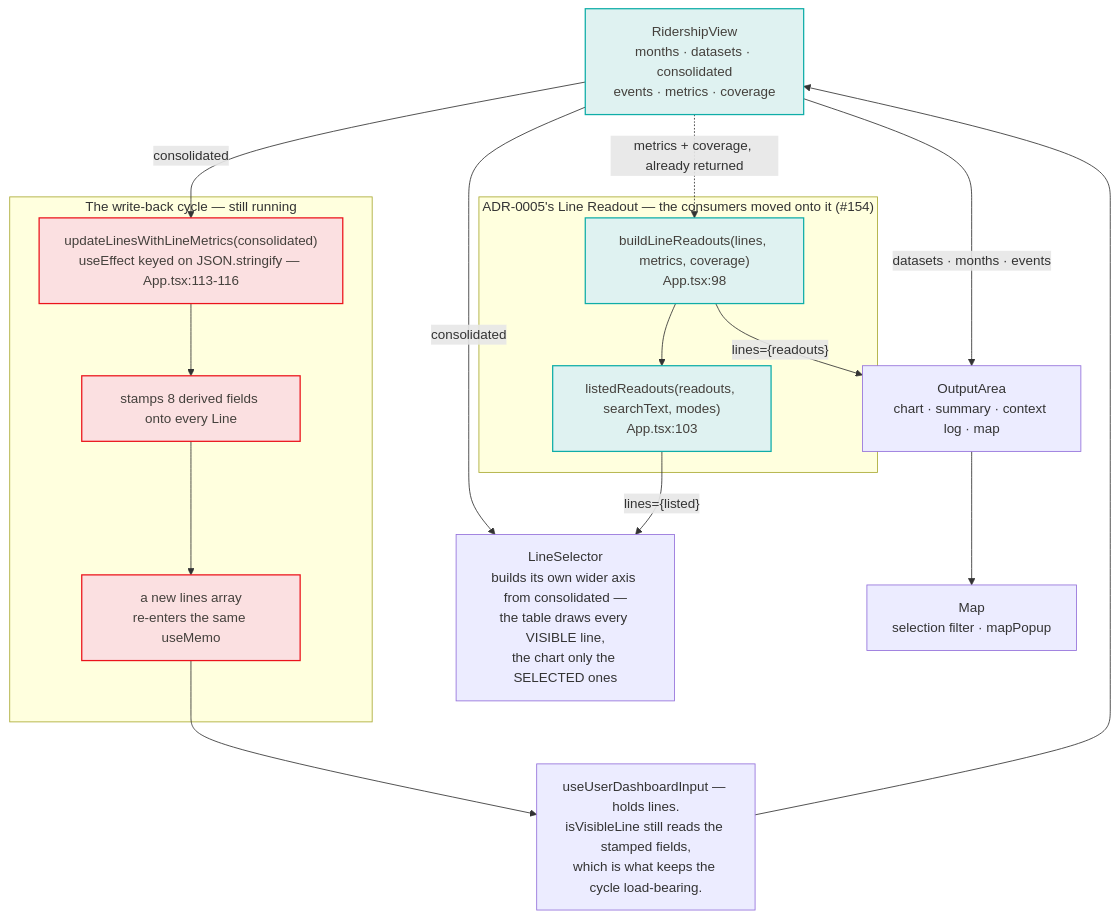
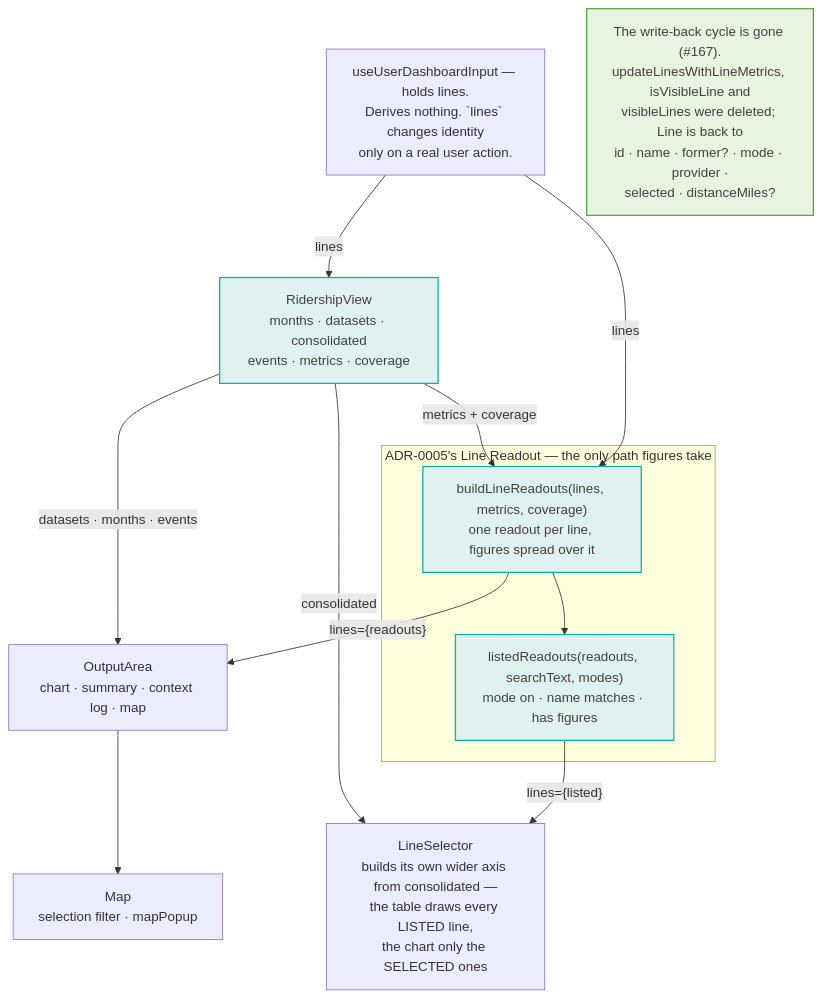
Before and after one commit to streetsforall/metro_ridership_app: the sixth of 21 diagrams in docs/architecture/diagrams.md, drawn with Mermaid. The commit also changed other lines of this file and 34 other files, not shown here.

````diff
--- a/docs/architecture/diagrams.md
+++ b/docs/architecture/diagrams.md
@@ -353,40 +355,34 @@
 ```mermaid
 flowchart TB
   view["RidershipView<br/>months · datasets · consolidated<br/>events · metrics · coverage"]
 
   outputArea["OutputArea<br/>chart · summary · context log · map"]
-  lineSelector["LineSelector<br/>builds its own wider axis from consolidated —<br/>the table draws every VISIBLE line,<br/>the chart only the SELECTED ones"]
+  lineSelector["LineSelector<br/>builds its own wider axis from consolidated —<br/>the table draws every LISTED line,<br/>the chart only the SELECTED ones"]
   mapCmp["Map<br/>selection filter · mapPopup"]
 
-  subgraph loop["The write-back cycle — still running"]
-    writeback["updateLinesWithLineMetrics(consolidated)<br/>useEffect keyed on JSON.stringify — App.tsx:113-116"]
-    stamp["stamps 8 derived fields onto every Line"]
-    fresh["a new lines array<br/>re-enters the same useMemo"]
-    writeback --> stamp --> fresh
-  end
+  hook["useUserDashboardInput — holds lines.<br/>Derives nothing. `lines` changes identity<br/>only on a real user action."]
 
-  hook["useUserDashboardInput — holds lines.<br/>isVisibleLine still reads the stamped fields,<br/>which is what keeps the cycle load-bearing."]
-
-  subgraph replacement["ADR-0005's Line Readout — the consumers moved onto it (#154)"]
-    readouts["buildLineReadouts(lines, metrics, coverage)<br/>App.tsx:98"]
-    listed["listedReadouts(readouts, searchText, modes)<br/>App.tsx:103"]
+  subgraph readoutPath["ADR-0005's Line Readout — the only path figures take"]
+    readouts["buildLineReadouts(lines, metrics, coverage)<br/>one readout per line, figures spread over it"]
+    listed["listedReadouts(readouts, searchText, modes)<br/>mode on · name matches · has figures"]
     readouts --> listed
   end
 
   view -- "datasets · months · events" --> outputArea
   view -- "consolidated" --> lineSelector
-  view -- "consolidated" --> writeback
-  view -. "metrics + coverage, already returned" .-> readouts
+  view -- "metrics + coverage" --> readouts
 
-  fresh --> hook
-  hook --> view
+  hook -- "lines" --> view
+  hook -- "lines" --> readouts
 
   readouts -- "lines={readouts}" --> outputArea
   listed -- "lines={listed}" --> lineSelector
   outputArea --> mapCmp
 
+  gone["The write-back cycle is gone (#167).<br/>updateLinesWithLineMetrics, isVisibleLine and<br/>visibleLines were deleted; Line is back to<br/>id · name · former? · mode · provider ·<br/>selected · distanceMiles?"]
+
   classDef key fill:#dff2f1,stroke:#0fada8,stroke-width:1.5px,color:#44403c
-  classDef cycle fill:#fbe0e1,stroke:#eb131b,stroke-width:1.5px,color:#44403c
+  classDef surface fill:#e8f3e2,stroke:#58a738,stroke-width:1.5px,color:#44403c
   class view,readouts,listed key
-  class writeback,stamp,fresh cycle
+  class gone surface
 ```
````
